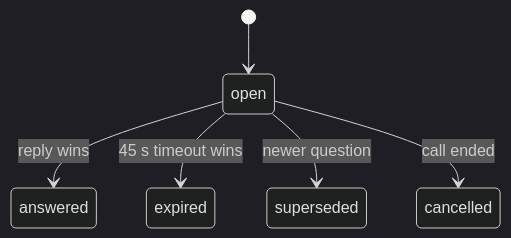
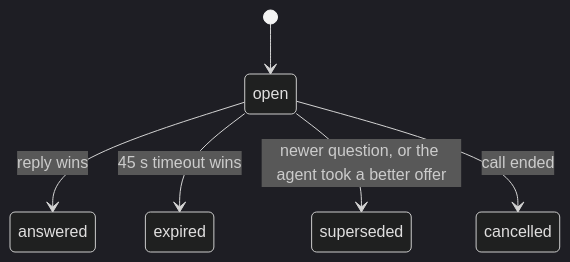
Before and after one commit to cocoleunghokei/nu-outbound-call-agent: the seventh of 8 diagrams in docs/system-overview.md, drawn with Mermaid (dark theme). The commit also changed other lines of this file and 6 other files, not shown here.

First line of the commit message:
feat(backend): take a better offer during a ping and treat the opening line as constraints (DC-4, DC-7)

````diff
--- a/docs/system-overview.md
+++ b/docs/system-overview.md
@@ -411,8 +411,8 @@
 ```mermaid
 stateDiagram-v2
   [*] --> open
   open --> answered : reply wins
   open --> expired : 45 s timeout wins
-  open --> superseded : newer question
+  open --> superseded : newer question, or the agent took a better offer
   open --> cancelled : call ended
 ```
````
